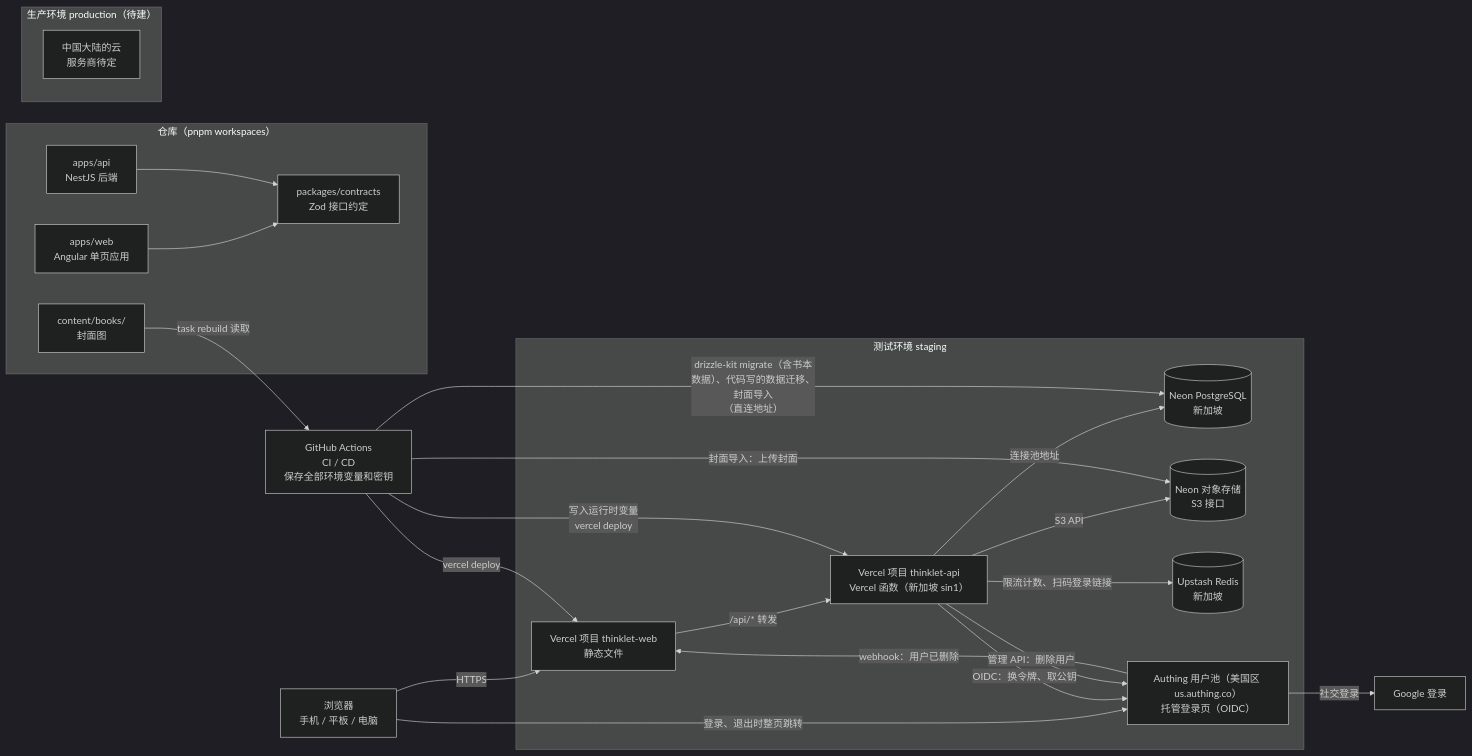
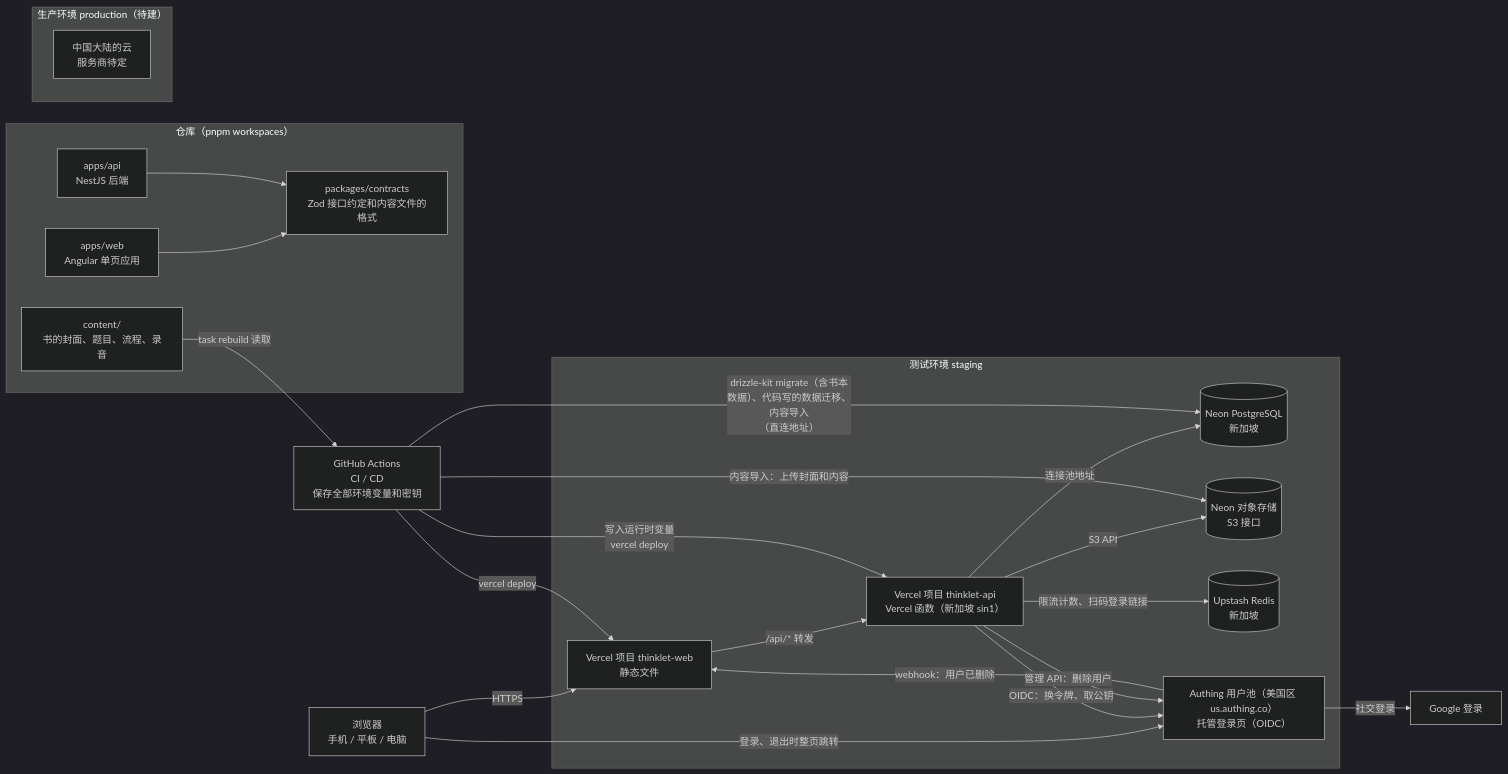
The diagram in .docs/architecture.md (juanchaopan/thinklet), drawn with Mermaid (dark theme) before and after one commit. The commit also changed other lines of this file and 8 other files, not shown here.

First line of the commit message:
feat(architecture): content files, abcjs, narration and backend scoring (#20)

````diff
--- a/.docs/architecture.md
+++ b/.docs/architecture.md
@@ -9,44 +9,44 @@
 ```mermaid
 flowchart LR
   browser["浏览器<br/>手机 / 平板 / 电脑"]
 
   subgraph repo["仓库（pnpm workspaces）"]
     web["apps/web<br/>Angular 单页应用"]
     api["apps/api<br/>NestJS 后端"]
-    contracts["packages/contracts<br/>Zod 接口约定"]
-    content["content/books/<br/>封面图"]
+    contracts["packages/contracts<br/>Zod 接口约定和内容文件的格式"]
+    content["content/<br/>书的封面、题目、流程、录音"]
   end
 
   subgraph staging["测试环境 staging"]
     vweb["Vercel 项目 thinklet-web<br/>静态文件"]
     vapi["Vercel 项目 thinklet-api<br/>Vercel 函数（新加坡 sin1）"]
     npg[("Neon PostgreSQL<br/>新加坡")]
     ns3[("Neon 对象存储<br/>S3 接口")]
     redis[("Upstash Redis<br/>新加坡")]
     authing["Authing 用户池（美国区 us.authing.co）<br/>托管登录页（OIDC）"]
   end
 
   subgraph production["生产环境 production（待建）"]
     cn["中国大陆的云<br/>服务商待定"]
   end
 
   google["Google 登录"]
 
   web --> contracts
   api --> contracts
   browser -->|"HTTPS"| vweb
   browser -->|"登录、退出时整页跳转"| authing
   vweb -->|"/api/* 转发"| vapi
   vapi -->|"连接池地址"| npg
   vapi -->|"S3 API"| ns3
   vapi -->|"OIDC：换令牌、取公钥"| authing
   vapi -->|"管理 API：删除用户"| authing
   authing -->|"webhook：用户已删除"| vweb
   vapi -->|"限流计数、扫码登录链接"| redis
   authing -->|"社交登录"| google
-  gha["GitHub Actions<br/>CI / CD<br/>保存全部环境变量和密钥"] -->|"drizzle-kit migrate（含书本数据）、代码写的数据迁移、封面导入<br/>（直连地址）"| npg
+  gha["GitHub Actions<br/>CI / CD<br/>保存全部环境变量和密钥"] -->|"drizzle-kit migrate（含书本数据）、代码写的数据迁移、内容导入<br/>（直连地址）"| npg
   content -->|"task rebuild 读取"| gha
-  gha -->|"封面导入：上传封面"| ns3
+  gha -->|"内容导入：上传封面和内容"| ns3
   gha -->|"vercel deploy"| vweb
   gha -->|"写入运行时变量<br/>vercel deploy"| vapi
 ```
````
